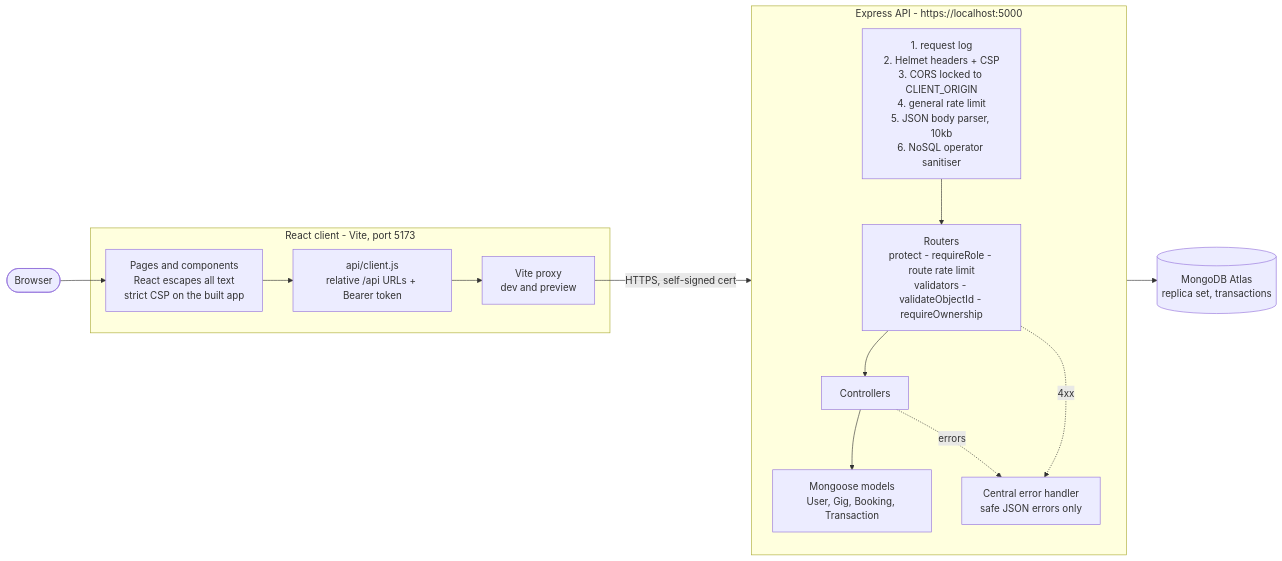
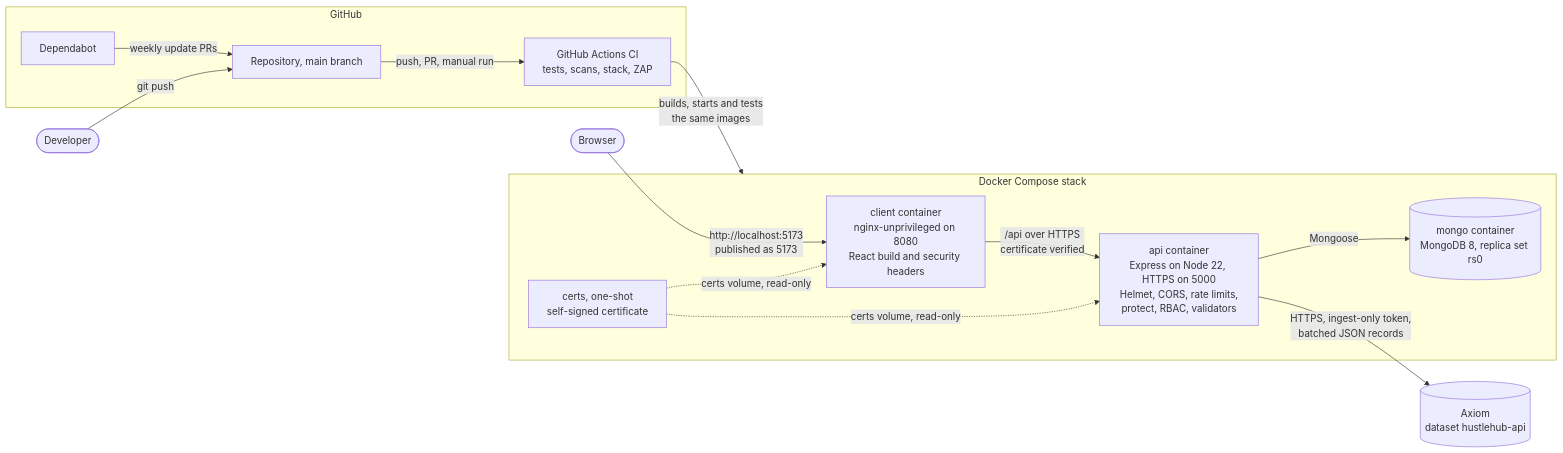
Before and after one commit to ST10443760/HustleHub-plus: the first of 7 diagrams in README.md, drawn with Mermaid. The commit also changed other lines of this file, not shown here.

Commit message:
Added the new architecture diagram and the tech stack

````diff
--- a/README.md
+++ b/README.md
@@ -135,28 +142,31 @@
 ```mermaid
 flowchart LR
     user(["Browser"])
+    dev(["Developer"])
 
-    subgraph client["React client - Vite, port 5173"]
-        ui["Pages and components<br/>React escapes all text<br/>strict CSP on the built app"]
-        apiClient["api/client.js<br/>relative /api URLs + Bearer token"]
-        proxy["Vite proxy<br/>dev and preview"]
+    subgraph compose["Docker Compose stack"]
+        client["client container<br/>nginx-unprivileged on 8080<br/>React build and security headers"]
+        api["api container<br/>Express on Node 22, HTTPS on 5000<br/>Helmet, CORS, rate limits,<br/>protect, RBAC, validators"]
+        mongo[("mongo container<br/>MongoDB 8, replica set rs0")]
+        certs["certs, one-shot<br/>self-signed certificate"]
     end
 
-    subgraph api["Express API - https://localhost:5000"]
-        direction TB
-        pipeline["1. request log<br/>2. Helmet headers + CSP<br/>3. CORS locked to CLIENT_ORIGIN<br/>4. general rate limit<br/>5. JSON body parser, 10kb<br/>6. NoSQL operator sanitiser"]
-        routes["Routers<br/>protect - requireRole - route rate limit<br/>validators - validateObjectId - requireOwnership"]
-        controllers["Controllers"]
-        models["Mongoose models<br/>User, Gig, Booking, Transaction"]
-        errors["Central error handler<br/>safe JSON errors only"]
-        pipeline --> routes --> controllers --> models
-        routes -. "4xx" .-> errors
-        controllers -. "errors" .-> errors
+    subgraph github["GitHub"]
+        repo["Repository, main branch"]
+        ci["GitHub Actions CI<br/>tests, scans, stack, ZAP"]
+        bot["Dependabot"]
     end
 
-    db[("MongoDB Atlas<br/>replica set, transactions")]
+    axiom[("Axiom<br/>dataset hustlehub-api")]
 
-    user --> ui --> apiClient --> proxy
-    proxy -- "HTTPS, self-signed cert" --> pipeline
-    models --> db
+    user -- "http://localhost:5173<br/>published as 5173" --> client
+    client -- "/api over HTTPS<br/>certificate verified" --> api
+    api -- "Mongoose" --> mongo
+    certs -. "certs volume, read-only" .-> client
+    certs -. "certs volume, read-only" .-> api
+    api -- "HTTPS, ingest-only token,<br/>batched JSON records" --> axiom
+    dev -- "git push" --> repo
+    bot -- "weekly update PRs" --> repo
+    repo -- "push, PR, manual run" --> ci
+    ci -- "builds, starts and tests<br/>the same images" --> compose
 ```
````
